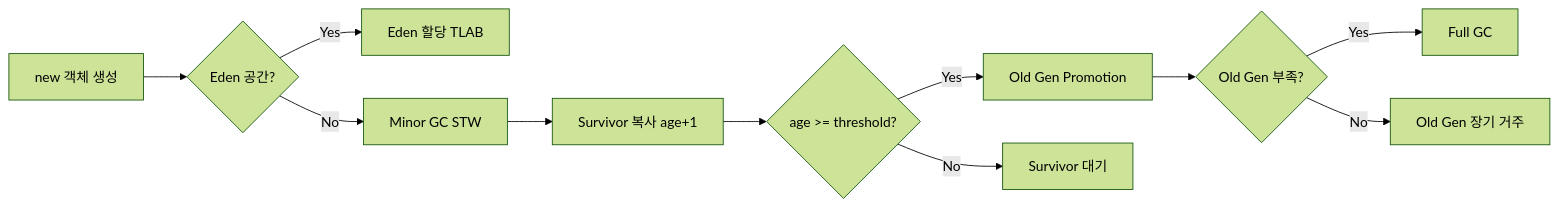
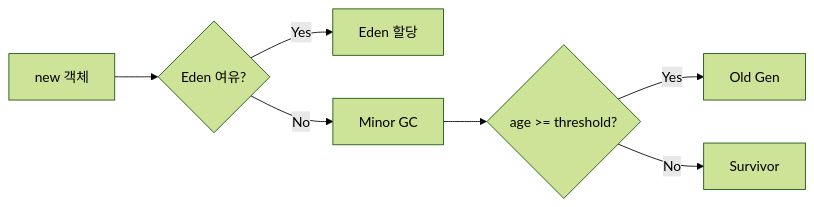
One commit to yjkim2015/yjkim2015.github.io changed the fourth of 7 diagrams in _posts/java/2026-05-02-jvm-architecture.md. Above: the diagram before and after it, drawn with Mermaid (forest theme). The commit also changed other lines of this file and 163 other files, not shown here.

First line of the commit message:
Mermaid 300개 블록 내용 축소: 5노드 5엣지 이하, 의미 있는 약어

````diff
--- a/_posts/java/2026-05-02-jvm-architecture.md
+++ b/_posts/java/2026-05-02-jvm-architecture.md
@@ -366,13 +366,9 @@
 ```mermaid
-flowchart LR
-    A["new 객체 생성"] --> B{"Eden 공간?"}
-    B -->|Yes| C["Eden 할당 TLAB"]
-    B -->|No| D["Minor GC STW"]
-    D --> F["Survivor 복사 age+1"]
-    F --> G{"age >= threshold?"}
-    G -->|Yes| H["Old Gen Promotion"]
-    G -->|No| I["Survivor 대기"]
-    H --> J{"Old Gen 부족?"}
-    J -->|Yes| K["Full GC"]
-    J -->|No| L["Old Gen 장기 거주"]
+graph LR
+    A["new 객체"] --> B{"Eden 여유?"}
+    B -->|Yes| C["Eden 할당"]
+    B -->|No| D["Minor GC"]
+    D --> F{"age >= threshold?"}
+    F -->|Yes| H["Old Gen"]
+    F -->|No| I["Survivor"]
 ```
````
